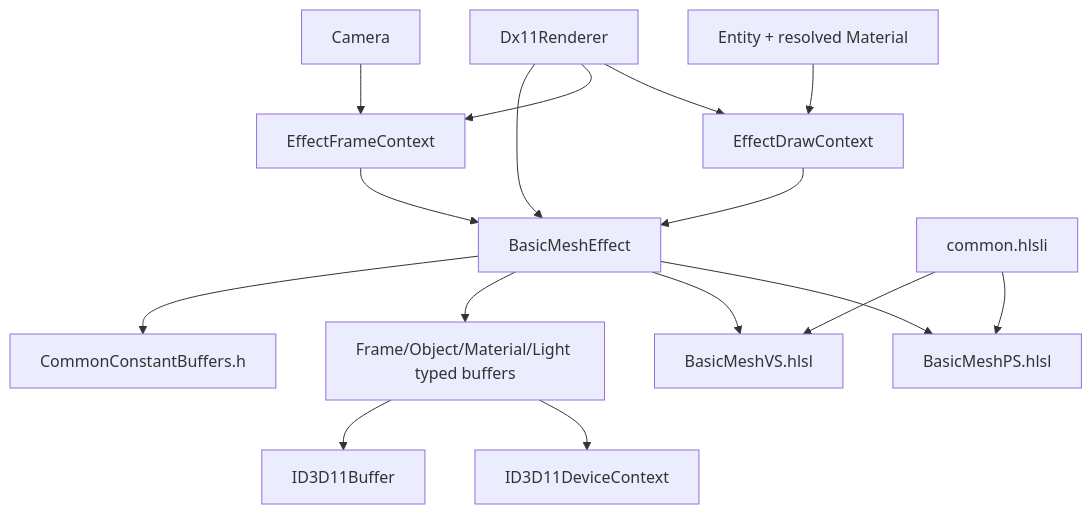
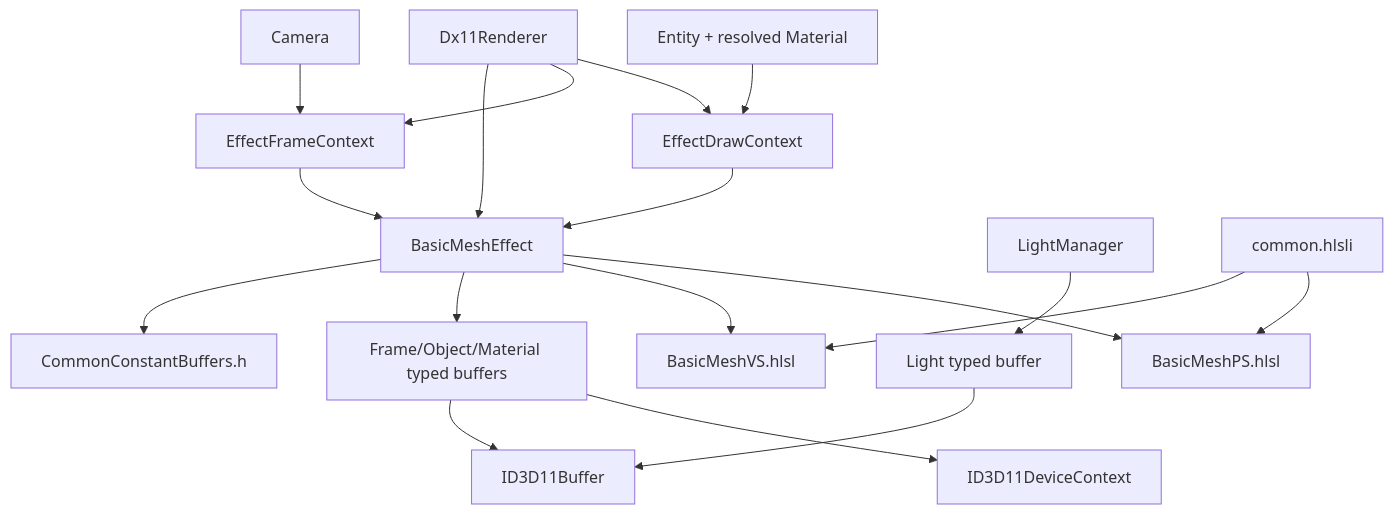
One commit to ELPSYKONGR/LRenderDemo changed the fourth of 4 diagrams in docs/architecture.md. Above: the diagram before and after it, drawn with Mermaid. The commit also changed other lines of this file and 29 other files, not shown here.

Commit message:
feat: add light manager and SSR scaffolding

````diff
--- a/docs/architecture.md
+++ b/docs/architecture.md
@@ -84,18 +84,20 @@
 ```mermaid
 graph TD
     Renderer[Dx11Renderer] --> Effect[BasicMeshEffect]
     Camera[Camera] --> Frame[EffectFrameContext]
     Entity[Entity + resolved Material] --> Draw[EffectDrawContext]
     Renderer --> Frame
     Renderer --> Draw
     Frame --> Effect
     Draw --> Effect
     Effect --> CpuLayout[CommonConstantBuffers.h]
-    Effect --> Buffer[Frame/Object/Material/Light typed buffers]
+    Effect --> Buffer[Frame/Object/Material typed buffers]
+    LightManager[LightManager] --> LightBuffer[Light typed buffer]
+    LightBuffer --> D3DBuffer
     Buffer --> D3DBuffer[ID3D11Buffer]
     Buffer --> Context[ID3D11DeviceContext]
     HlslLayout[common.hlsli] --> VS[BasicMeshVS.hlsl]
     HlslLayout --> PS[BasicMeshPS.hlsl]
     Effect --> VS
     Effect --> PS
 ```
````
